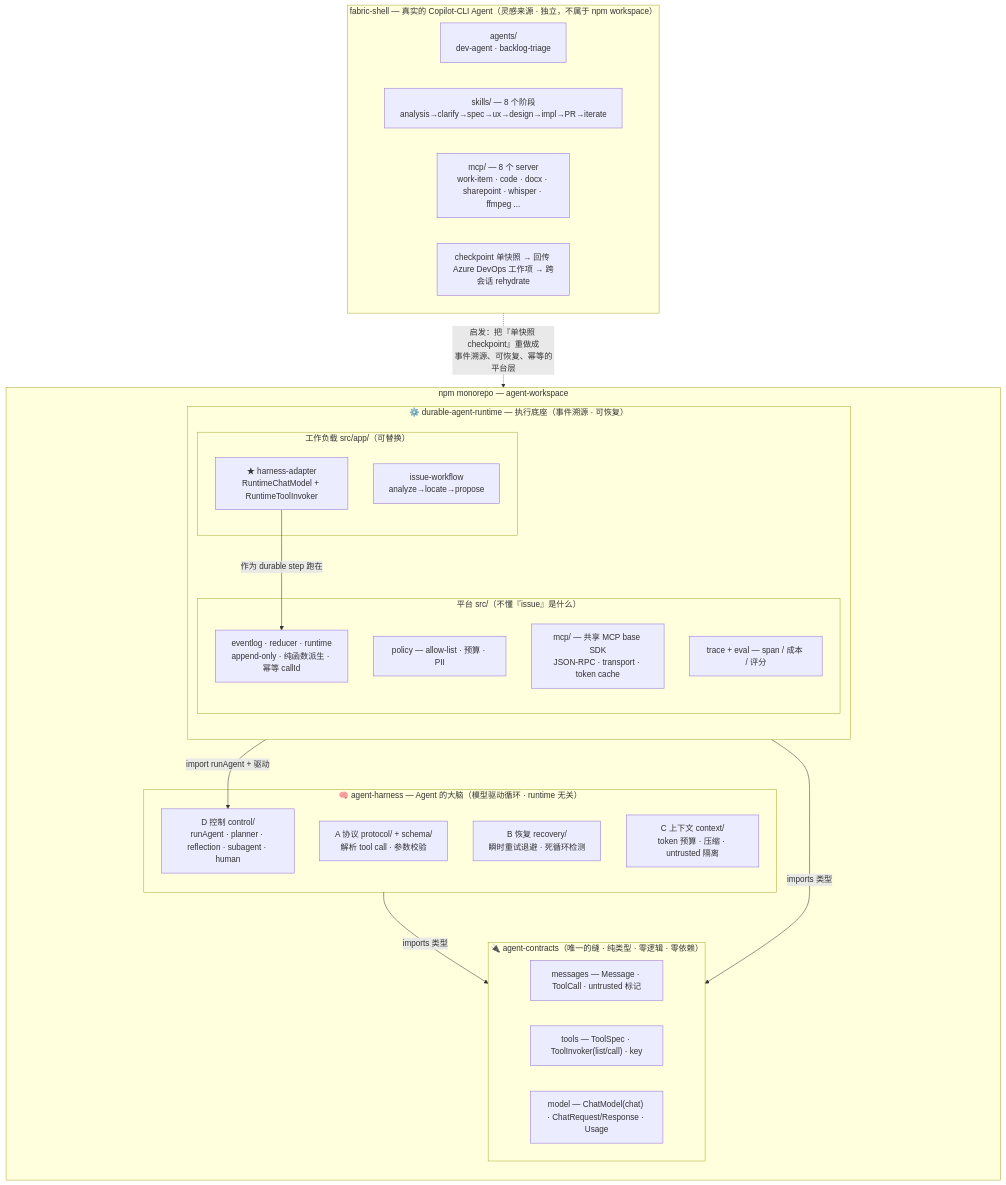
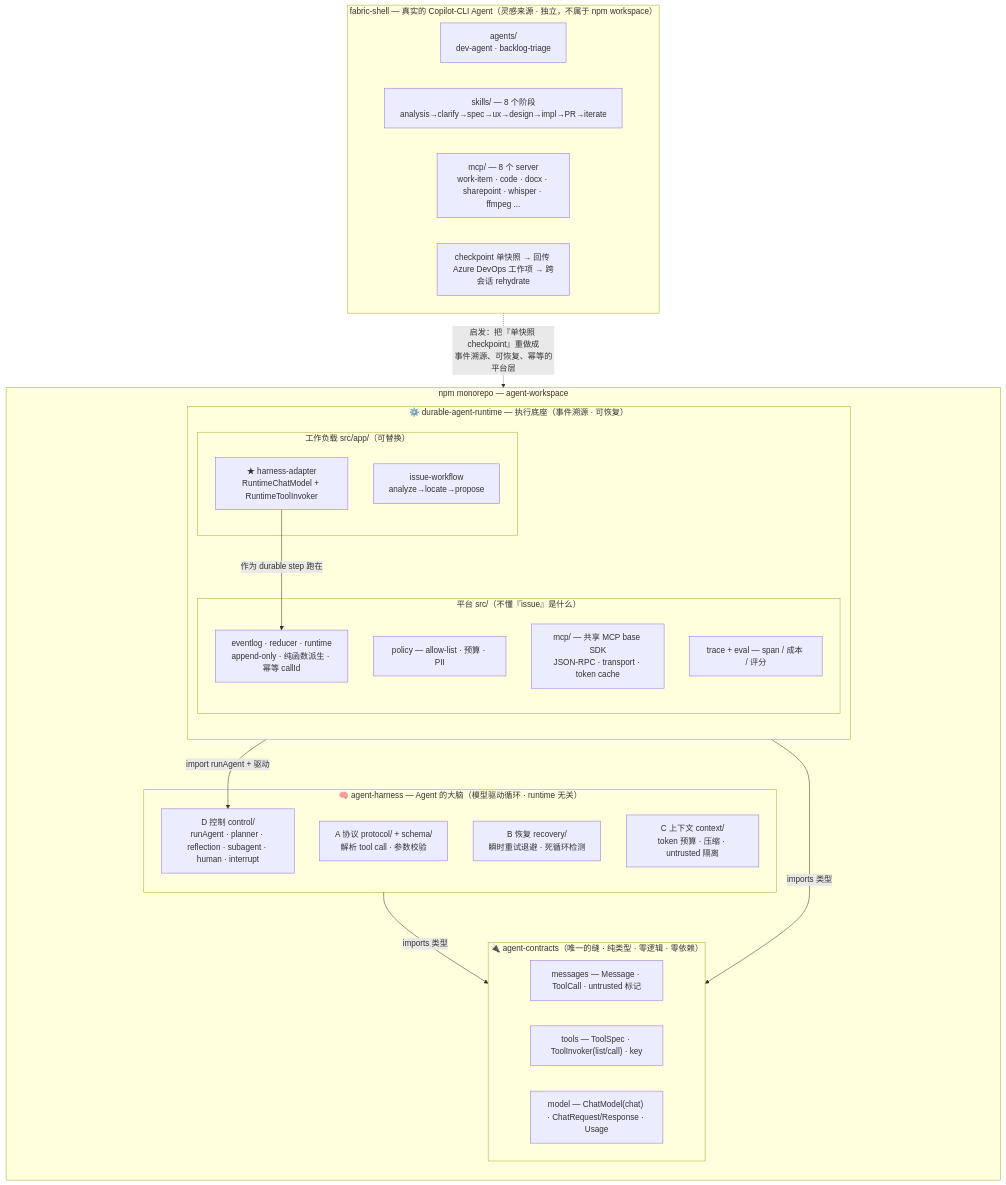
One commit to yanzhe-luomoyuyi/agent-runtime changed the first of 4 diagrams in README.md. Above: the diagram before and after it, drawn with Mermaid. The commit also changed other lines of this file and 19 other files, not shown here.

First line of the commit message:
Add mid-run interrupt/steer and plan human review.

````diff
--- a/README.md
+++ b/README.md
@@ -31,48 +31,48 @@
 ```mermaid
 flowchart TB
   subgraph FS["fabric-shell — 真实的 Copilot-CLI Agent（灵感来源 · 独立，不属于 npm workspace）"]
     direction LR
     FSagent["agents/<br/>dev-agent · backlog-triage"]
     FSskills["skills/ — 8 个阶段<br/>analysis→clarify→spec→ux→design→impl→PR→iterate"]
     FSmcp["mcp/ — 8 个 server<br/>work-item · code · docx · sharepoint · whisper · ffmpeg ..."]
     FScp["checkpoint 单快照 → 回传 Azure DevOps 工作项 → 跨会话 rehydrate"]
   end
 
   FS -. "启发：把『单快照 checkpoint』重做成<br/>事件溯源、可恢复、幂等的平台层" .-> MONO
 
   subgraph MONO["npm monorepo — agent-workspace"]
     direction TB
 
     subgraph SEAM["🔌 agent-contracts（唯一的缝 · 纯类型 · 零逻辑 · 零依赖）"]
       C1["messages — Message · ToolCall · untrusted 标记"]
       C2["tools — ToolSpec · ToolInvoker(list/call) · key"]
       C3["model — ChatModel(chat) · ChatRequest/Response · Usage"]
     end
 
     subgraph HARNESS["🧠 agent-harness — Agent 的大脑（模型驱动循环 · runtime 无关）"]
       HA["A 协议 protocol/ + schema/<br/>解析 tool call · 参数校验"]
       HB["B 恢复 recovery/<br/>瞬时重试退避 · 死循环检测"]
       HC["C 上下文 context/<br/>token 预算 · 压缩 · untrusted 隔离"]
-      HD["D 控制 control/<br/>runAgent · planner · reflection · subagent · human"]
+      HD["D 控制 control/<br/>runAgent · planner · reflection · subagent · human · interrupt"]
     end
 
     subgraph RUNTIME["⚙️ durable-agent-runtime — 执行底座（事件溯源 · 可恢复）"]
       direction TB
       subgraph PLAT["平台 src/（不懂『issue』是什么）"]
         RLOG["eventlog · reducer · runtime<br/>append-only · 纯函数派生 · 幂等 callId"]
         RPOL["policy — allow-list · 预算 · PII"]
         RMCP["mcp/ — 共享 MCP base SDK<br/>JSON-RPC · transport · token cache"]
         RTRACE["trace + eval — span / 成本 / 评分"]
       end
       subgraph APP["工作负载 src/app/（可替换）"]
         ADP["★ harness-adapter<br/>RuntimeChatModel + RuntimeToolInvoker"]
         AWF["issue-workflow<br/>analyze→locate→propose"]
       end
     end
   end
 
   HARNESS -->|"imports 类型"| SEAM
   RUNTIME -->|"imports 类型"| SEAM
   ADP -->|"import runAgent + 驱动"| HD
   ADP -->|"作为 durable step 跑在"| RLOG
 ```
````
